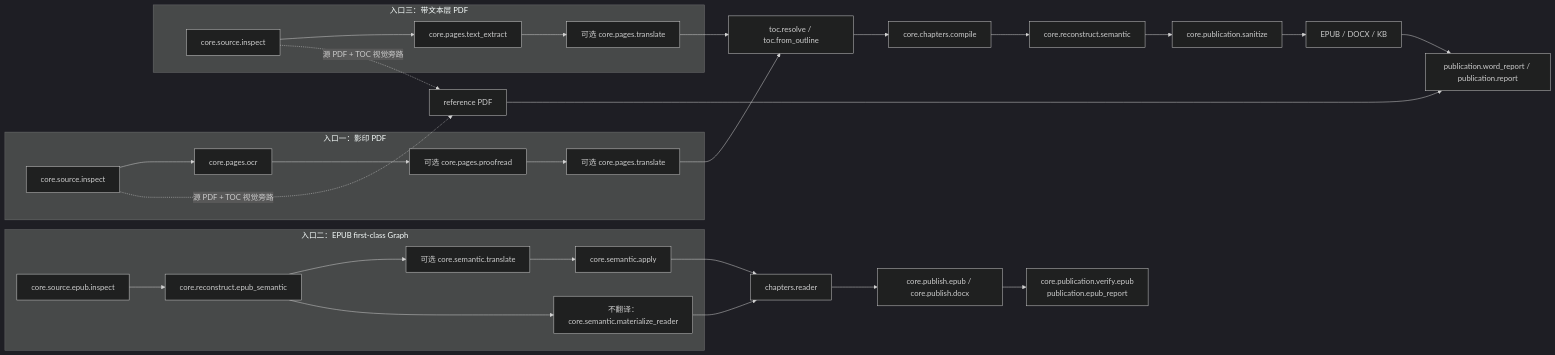
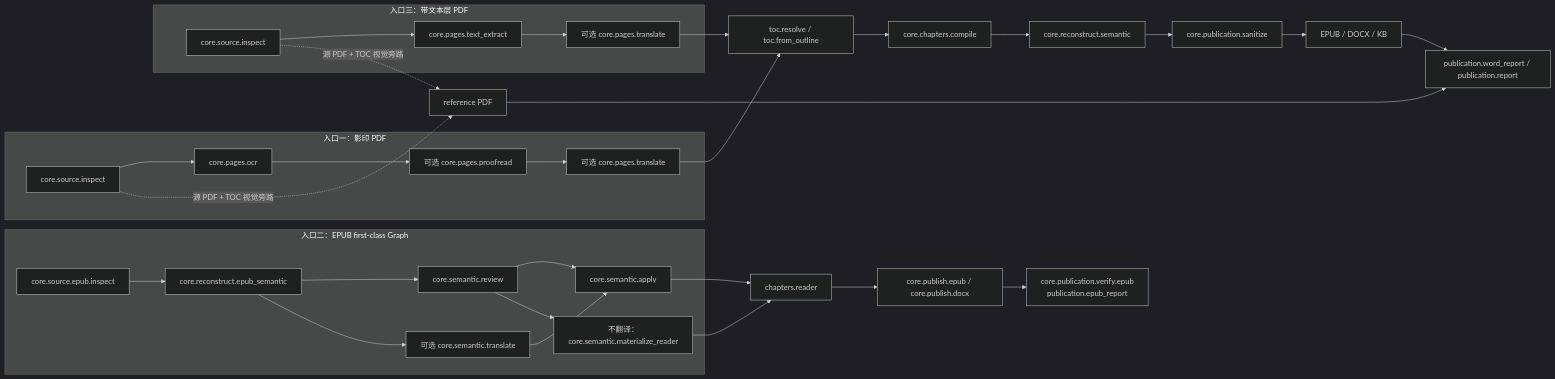
Before and after one commit to 693623649-border/translation-agent: the first of 2 diagrams in docs/unified-semantic-dag.md, drawn with Mermaid (dark theme). The commit also changed other lines of this file and 31 other files, not shown here.

First line of the commit message:
feat: add hash-bound semantic review decisions

````diff
--- a/docs/unified-semantic-dag.md
+++ b/docs/unified-semantic-dag.md
@@ -15,35 +15,37 @@
 ```mermaid
 flowchart LR
     subgraph S["入口一：影印 PDF"]
         S1["core.source.inspect"] --> S2["core.pages.ocr"]
         S2 --> SP["可选 core.pages.proofread"]
         SP --> ST["可选 core.pages.translate"]
     end
 
     subgraph E["入口二：EPUB first-class Graph"]
         E1["core.source.epub.inspect"] --> E2["core.reconstruct.epub_semantic"]
+        E2 --> ER["core.semantic.review"]
         E2 --> E3["可选 core.semantic.translate"]
         E3 --> E4["core.semantic.apply"]
-        E2 --> EN["不翻译：core.semantic.materialize_reader"]
+        ER --> E4
+        ER --> EN["不翻译：core.semantic.materialize_reader"]
     end
 
     subgraph P["入口三：带文本层 PDF"]
         P1["core.source.inspect"] --> P2["core.pages.text_extract"]
         P2 --> PT["可选 core.pages.translate"]
     end
 
     ST --> TOC["toc.resolve / toc.from_outline"]
     PT --> TOC
     TOC --> DRAFT["core.chapters.compile"]
     DRAFT --> SEM["core.reconstruct.semantic"]
     E4 --> EREADER["chapters.reader"]
     EN --> EREADER
     SEM --> SAN["core.publication.sanitize"]
     SAN --> PUB["EPUB / DOCX / KB"]
     PUB --> VERIFY["publication.word_report / publication.report"]
     EREADER --> EPUBPUB["core.publish.epub / core.publish.docx"]
     EPUBPUB --> EPUBVERIFY["core.publication.verify.epub\npublication.epub_report"]
     S1 -. "源 PDF + TOC 视觉旁路" .-> REFPDF["reference PDF"]
     P1 -. "源 PDF + TOC 视觉旁路" .-> REFPDF
     REFPDF --> VERIFY
 ```
````
